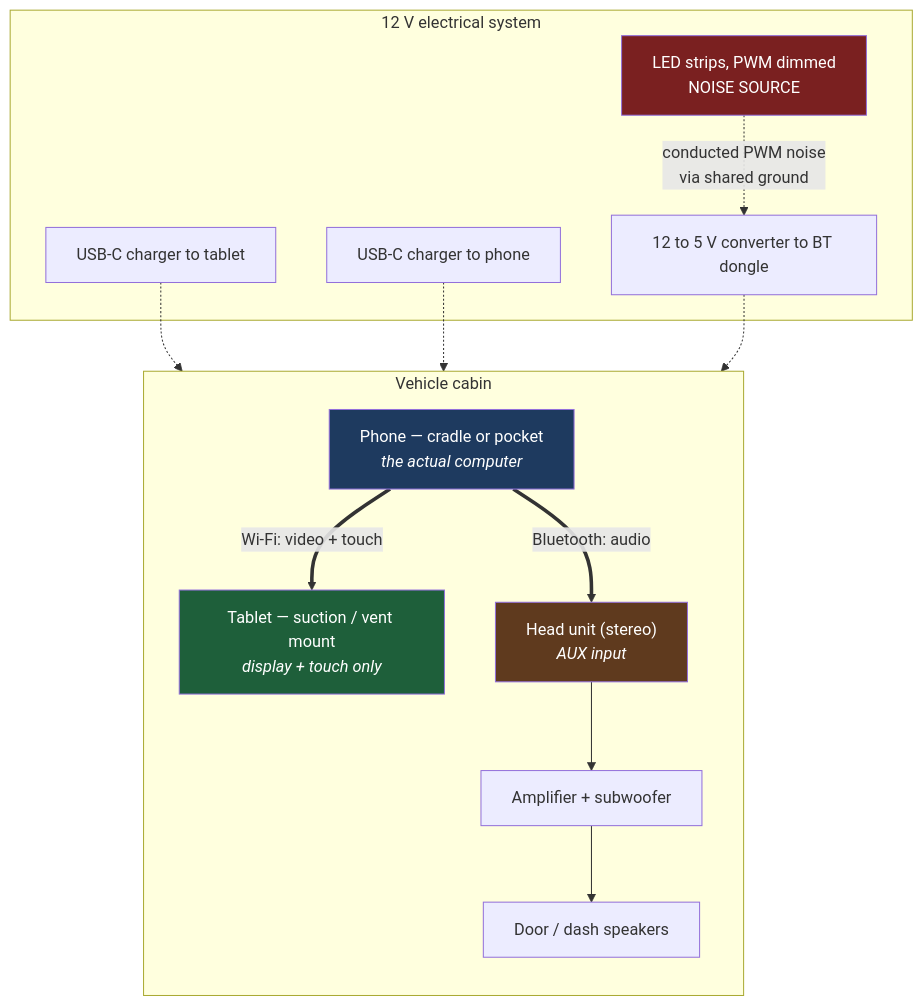
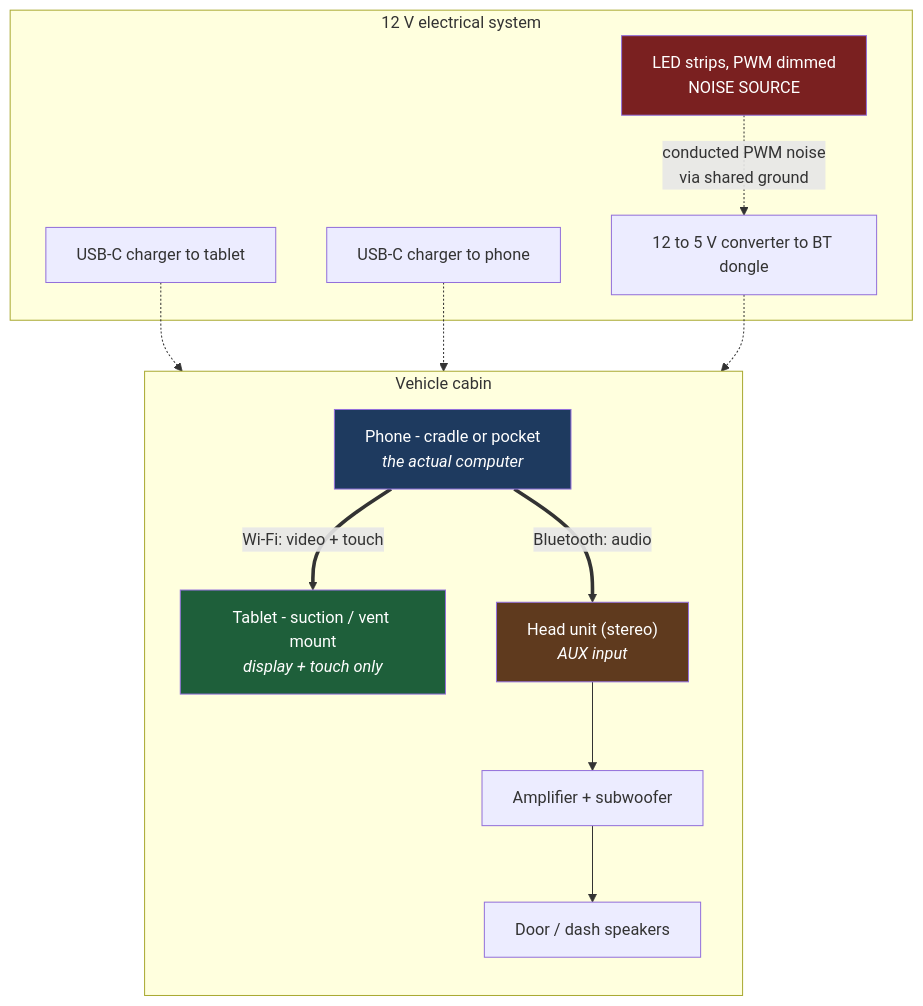
Before and after one commit to AbhiCollegeWork/thardeck: the first of 6 diagrams in docs/01-architecture.md, drawn with Mermaid. The commit also changed other lines of this file and 23 other files, not shown here.

First line of the commit message:
Rename to Thar Deck, adopt house style, fix diagram rendering

````diff
--- a/docs/01-architecture.md
+++ b/docs/01-architecture.md
@@ -27,31 +27,31 @@
 ```mermaid
 flowchart TB
     subgraph CABIN["Vehicle cabin"]
         direction TB
-        MOUNT["Tablet — suction / vent mount<br/><i>display + touch only</i>"]
-        PHONE["Phone — cradle or pocket<br/><i>the actual computer</i>"]
+        MOUNT["Tablet - suction / vent mount<br/><i>display + touch only</i>"]
+        PHONE["Phone - cradle or pocket<br/><i>the actual computer</i>"]
         STEREO["Head unit (stereo)<br/><i>AUX input</i>"]
         AMP["Amplifier + subwoofer"]
         SPK["Door / dash speakers"]
     end
 
     subgraph POWER["12 V electrical system"]
         USB1["USB-C charger to tablet"]
         USB2["USB-C charger to phone"]
         DCDC["12 to 5 V converter to BT dongle"]
         LED["LED strips, PWM dimmed<br/>NOISE SOURCE"]
     end
 
     PHONE ==>|"Wi-Fi: video + touch"| MOUNT
     PHONE ==>|"Bluetooth: audio"| STEREO
     STEREO --> AMP --> SPK
     USB1 -.-> MOUNT
     USB2 -.-> PHONE
     DCDC -.-> STEREO
     LED -. "conducted PWM noise<br/>via shared ground" .-> DCDC
 
     style MOUNT fill:#1e5f3a,color:#fff
     style PHONE fill:#1e3a5f,color:#fff
     style LED fill:#7a2020,color:#fff
     style STEREO fill:#5f3a1e,color:#fff
 ```
````
